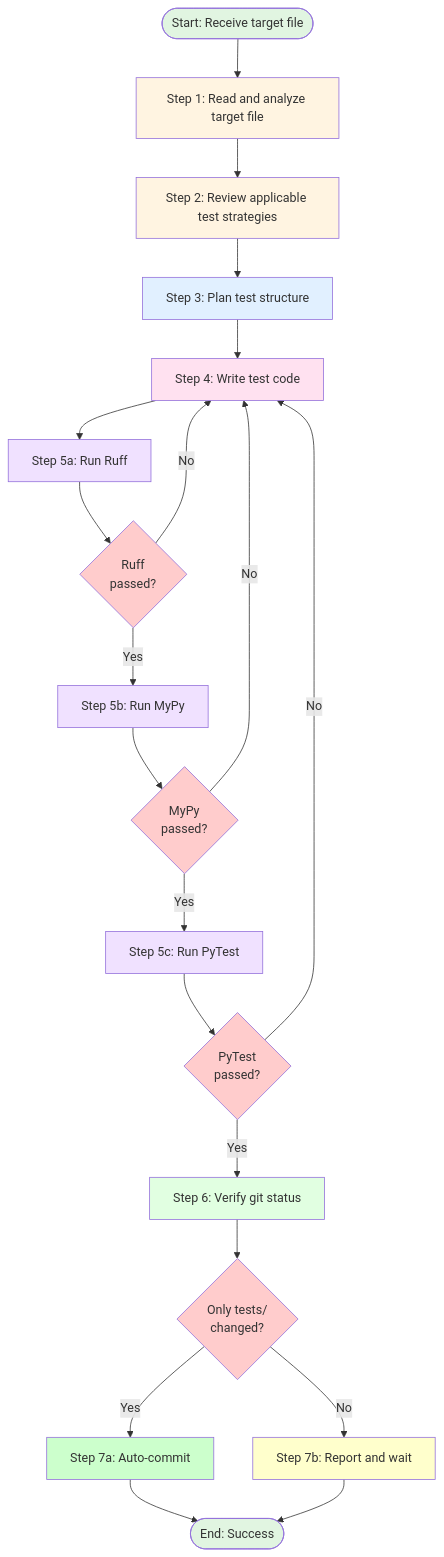
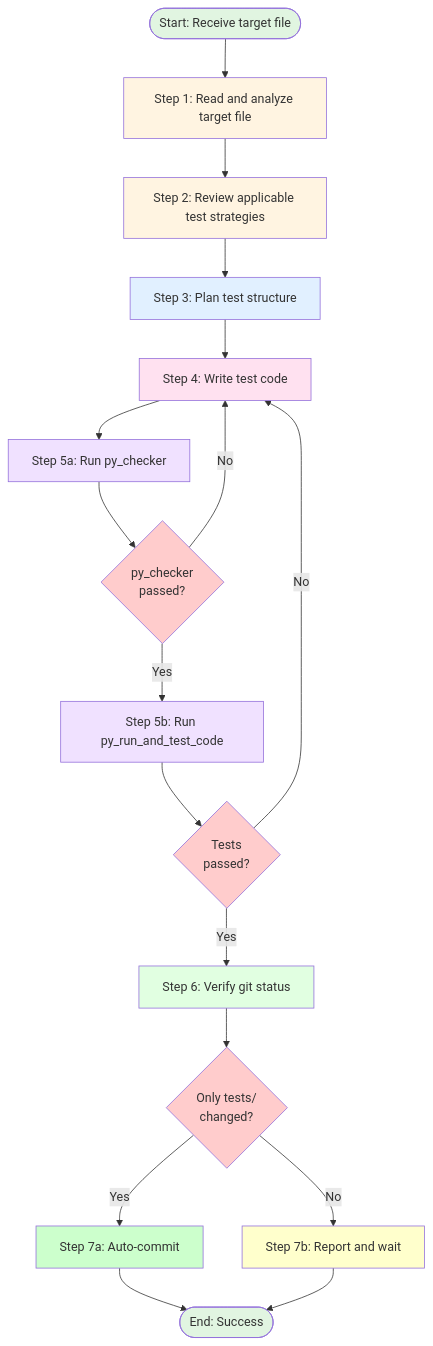
Before and after one commit to s-age/pipe: the diagram in procedures/python_unit_test_generation.md, drawn with Mermaid. The commit also changed other lines of this file, not shown here.

First line of the commit message:
docs: require py_checker and py_run_and_test_code in test procedure

````diff
--- a/procedures/python_unit_test_generation.md
+++ b/procedures/python_unit_test_generation.md
@@ -13,47 +13,41 @@
 ```mermaid
 graph TD
     Start([Start: Receive target file]) --> Step1[Step 1: Read and analyze target file]
 
     Step1 --> Step2[Step 2: Review applicable test strategies]
 
     Step2 --> Step3[Step 3: Plan test structure]
 
     Step3 --> Step4[Step 4: Write test code]
 
-    Step4 --> Step5A[Step 5a: Run Ruff]
-    Step5A --> CheckRuff{Ruff<br/>passed?}
-    CheckRuff -- No --> Step4
-    CheckRuff -- Yes --> Step5B[Step 5b: Run MyPy]
+    Step4 --> Step5A[Step 5a: Run py_checker]
+    Step5A --> CheckChecker{py_checker<br/>passed?}
+    CheckChecker -- No --> Step4
+    CheckChecker -- Yes --> Step5B[Step 5b: Run py_run_and_test_code]
 
-    Step5B --> CheckMyPy{MyPy<br/>passed?}
-    CheckMyPy -- No --> Step4
-    CheckMyPy -- Yes --> Step5C[Step 5c: Run PyTest]
-
-    Step5C --> CheckPyTest{PyTest<br/>passed?}
-    CheckPyTest -- No --> Step4
-    CheckPyTest -- Yes --> Step6[Step 6: Verify git status]
+    Step5B --> CheckTests{Tests<br/>passed?}
+    CheckTests -- No --> Step4
+    CheckTests -- Yes --> Step6[Step 6: Verify git status]
 
     Step6 --> Step7{Only tests/<br/>changed?}
     Step7 -- Yes --> Commit[Step 7a: Auto-commit]
     Step7 -- No --> Report[Step 7b: Report and wait]
 
     Commit --> End([End: Success])
     Report --> End
 
     style Start fill:#e1f5e1
     style End fill:#e1f5e1
     style Step1 fill:#fff4e1
     style Step2 fill:#fff4e1
     style Step3 fill:#e1f0ff
     style Step4 fill:#ffe1f0
     style Step5A fill:#f0e1ff
     style Step5B fill:#f0e1ff
-    style Step5C fill:#f0e1ff
     style Step6 fill:#e1ffe1
-    style CheckRuff fill:#ffcccc
-    style CheckMyPy fill:#ffcccc
-    style CheckPyTest fill:#ffcccc
+    style CheckChecker fill:#ffcccc
+    style CheckTests fill:#ffcccc
     style Step7 fill:#ffcccc
     style Commit fill:#ccffcc
     style Report fill:#ffffcc
 ```
````
